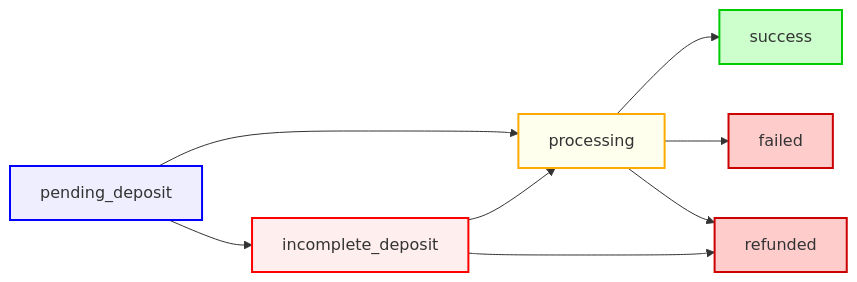
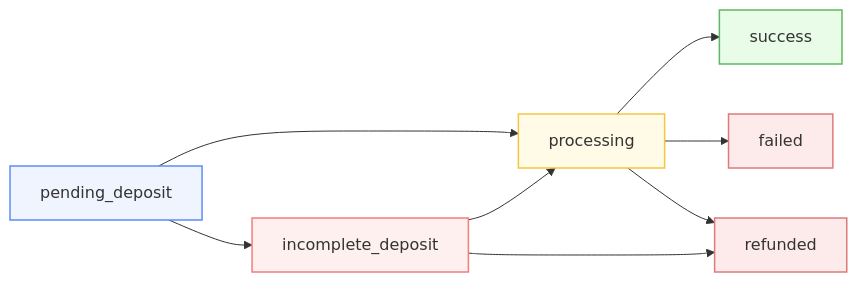
Before and after one commit to defuse-protocol/docs: the diagram in integration/distribution-channels/1click-api.md, drawn with Mermaid.

Commit message:
GITBOOK-127: No subject

````diff
--- a/integration/distribution-channels/1click-api.md
+++ b/integration/distribution-channels/1click-api.md
@@ -30,27 +30,28 @@
 ```mermaid fullWidth="true"
 flowchart LR
     PD[pending_deposit]
     ID[incomplete_deposit]
     P[processing]
     R[refunded]
     S[success]
     F[failed]
 
     PD --> ID
     PD --> P
     ID --> P
-  
+ 
     P --> S
     P --> F
     P --> R
-
+  
     ID --> R
 
-    %% Styling for clarity
-    style PD fill:#eef,stroke:#00f,stroke-width:2px
-    style ID fill:#fee,stroke:#f00,stroke-width:2px
-    style P fill:#ffe,stroke:#fa0,stroke-width:2px
-    style R fill:#fcc,stroke:#c00,stroke-width:2px
-    style S fill:#cfc,stroke:#0c0,stroke-width:2px
-    style F fill:#fcc,stroke:#c00,stroke-width:2px
+    %% Softer pastel-style colors
+    style PD fill:#f0f4ff,stroke:#5b8df7,stroke-width:1.5px
+    style ID fill:#fff0f0,stroke:#f57c7c,stroke-width:1.5px
+    style P  fill:#fffbe6,stroke:#f5c542,stroke-width:1.5px
+    style R  fill:#fdeaea,stroke:#e07a7a,stroke-width:1.5px
+    style S  fill:#e8fce8,stroke:#5eb95e,stroke-width:1.5px
+    style F  fill:#fdeaea,stroke:#e07a7a,stroke-width:1.5px
+
 ```
````
